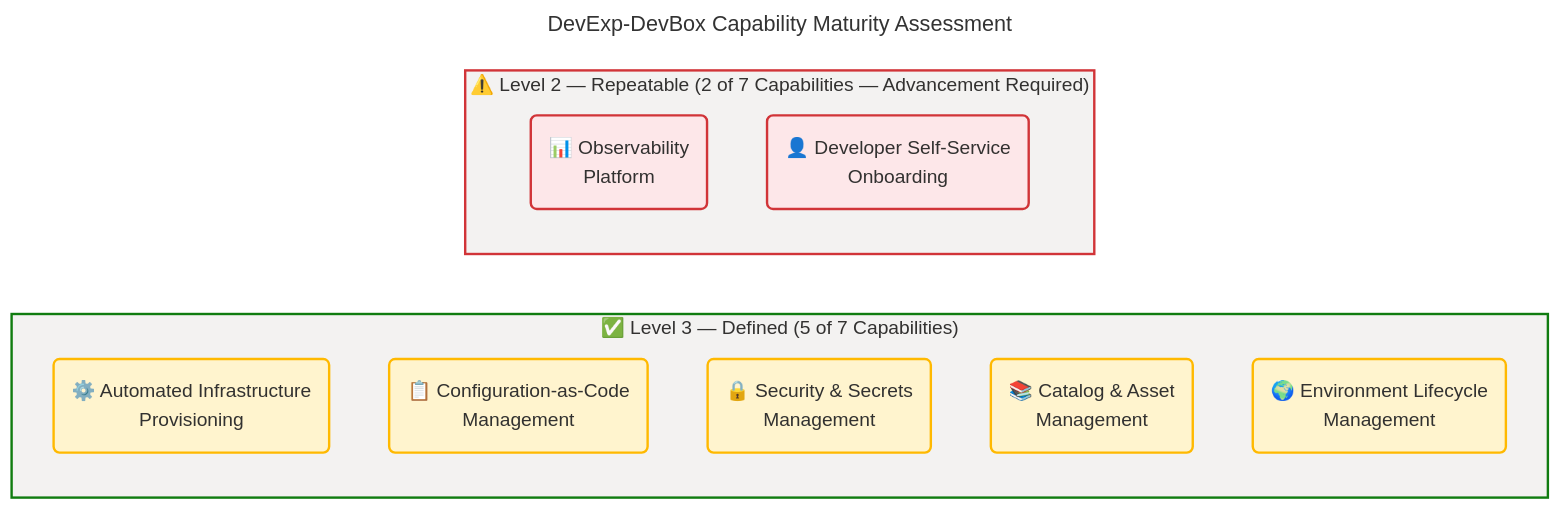
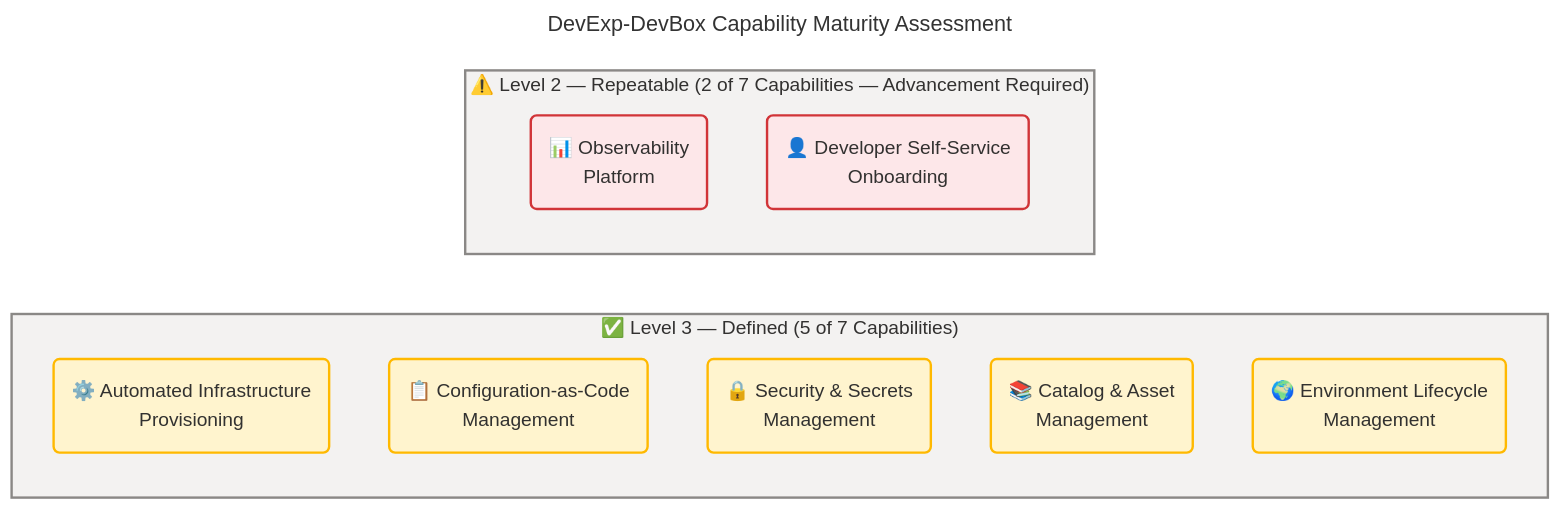
Before and after one commit to Evilazaro/DevExp-DevBox: the fourth of 7 diagrams in docs/architecture/business-architecture.md, drawn with Mermaid. The commit also changed other lines of this file, not shown here.

Commit message:
refactor: Update flowchart styles for improved visual consistency in business architecture documentation

````diff
--- a/docs/architecture/business-architecture.md
+++ b/docs/architecture/business-architecture.md
@@ -514,46 +514,46 @@
 ```mermaid
 ---
 title: DevExp-DevBox Capability Maturity Assessment
 config:
   theme: base
   look: classic
   layout: dagre
   themeVariables:
     fontSize: '16px'
   flowchart:
     htmlLabels: true
 ---
 flowchart LR
     accTitle: DevExp-DevBox Capability Maturity Assessment
     accDescr: Heatmap-style assessment of all 7 business capabilities grouped by maturity level; yellow nodes indicate Level 3 Defined, red nodes indicate Level 2 Repeatable requiring advancement.
 
     %% ═══════════════════════════════════════════════════════════════════════════
     %% AZURE / FLUENT ARCHITECTURE PATTERN v1.1
     %% (Semantic + Structural + Font + Accessibility Governance)
     %% ═══════════════════════════════════════════════════════════════════════════
     %% PHASE 1 - FLUENT UI: All styling uses approved Fluent UI palette only
     %% PHASE 2 - GROUPS: Every subgraph has semantic color via style directive
     %% PHASE 3 - COMPONENTS: Every node has semantic classDef + icon prefix
     %% PHASE 4 - ACCESSIBILITY: accTitle/accDescr present, WCAG AA contrast
     %% PHASE 5 - STANDARD: Governance block present, classDefs centralized
     %% ═══════════════════════════════════════════════════════════════════════════
 
     subgraph defined["✅ Level 3 — Defined  (5 of 7 Capabilities)"]
         cap1("⚙️ Automated Infrastructure<br/>Provisioning"):::warning
         cap2("📋 Configuration-as-Code<br/>Management"):::warning
         cap3("🔒 Security & Secrets<br/>Management"):::warning
         cap6("📚 Catalog & Asset<br/>Management"):::warning
         cap7("🌍 Environment Lifecycle<br/>Management"):::warning
     end
 
     subgraph repeatable["⚠️ Level 2 — Repeatable  (2 of 7 Capabilities — Advancement Required)"]
         cap4("📊 Observability<br/>Platform"):::danger
         cap5("👤 Developer Self-Service<br/>Onboarding"):::danger
     end
 
-    style defined fill:#F3F2F1,stroke:#107C10,stroke-width:2px,color:#323130
-    style repeatable fill:#F3F2F1,stroke:#D13438,stroke-width:2px,color:#323130
+    style defined fill:#F3F2F1,stroke:#8A8886,stroke-width:2px,color:#323130
+    style repeatable fill:#F3F2F1,stroke:#8A8886,stroke-width:2px,color:#323130
 
     classDef warning fill:#FFF4CE,stroke:#FFB900,stroke-width:2px,color:#323130
     classDef danger fill:#FDE7E9,stroke:#D13438,stroke-width:2px,color:#323130
 ```
````
